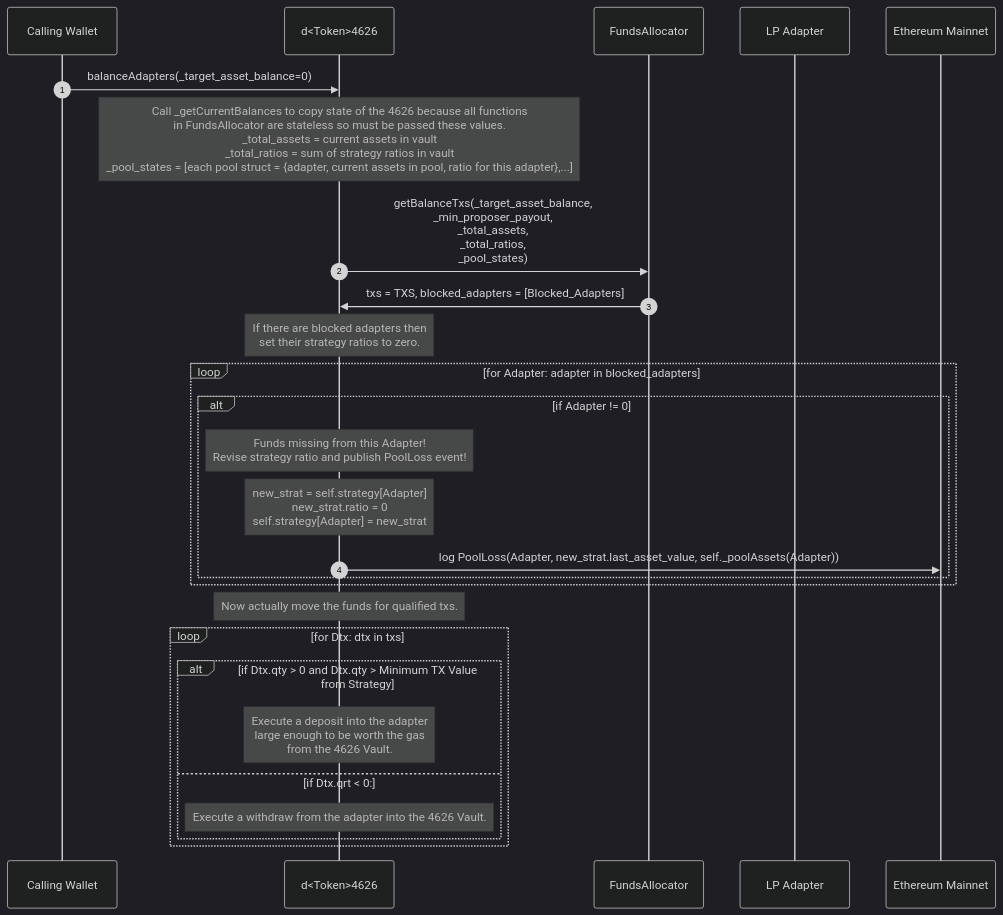
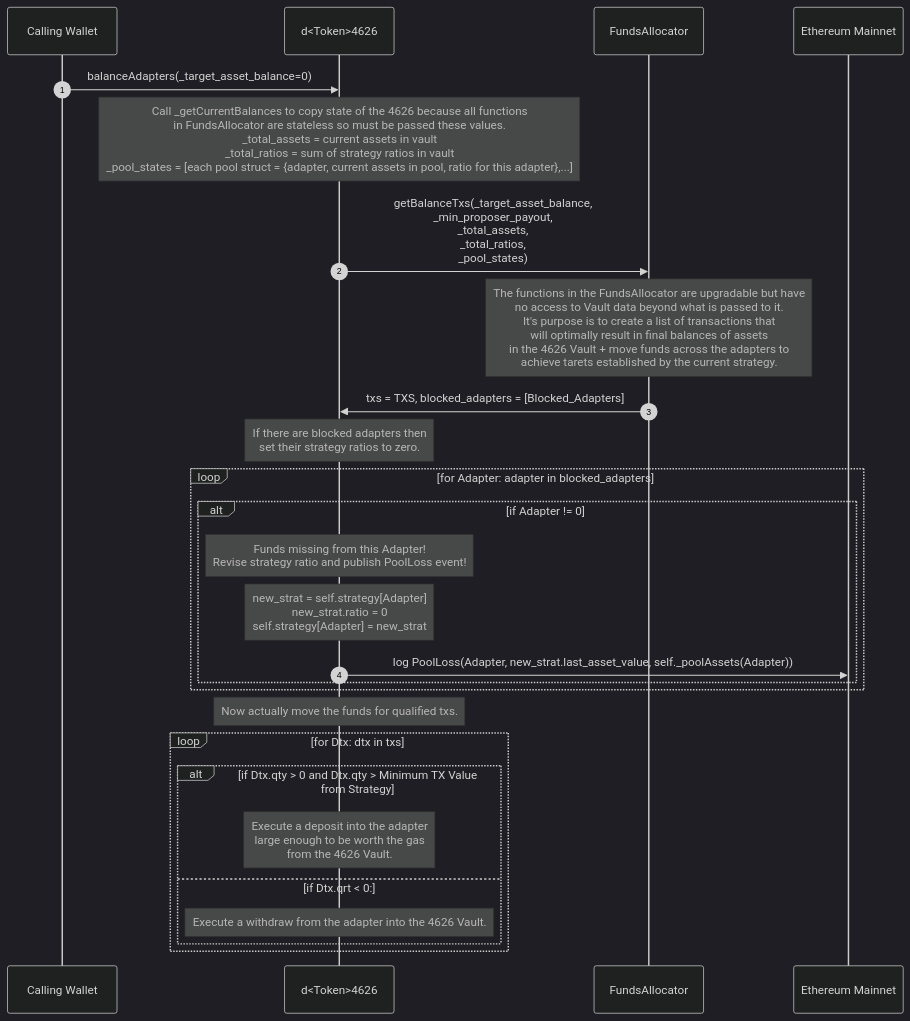
The second of 3 diagrams in docs/Dynamo4626.md (DynamoFinance/vault), drawn with Mermaid (dark theme) before and after one commit.

Commit message:
Document how the FundsAllocator works.

````diff
--- a/docs/Dynamo4626.md
+++ b/docs/Dynamo4626.md
@@ -105,40 +105,42 @@
 ```mermaid
 sequenceDiagram 
 
     participant user as Calling Wallet
     participant a4626 as d<Token>4626
     participant fund as FundsAllocator
-    participant lpa as LP Adapter
+    #participant lpa as LP Adapter
     participant eth as Ethereum Mainnet
 
     autonumber
 
     user->>a4626: balanceAdapters(_target_asset_balance=0)
 
     Note over a4626:Call _getCurrentBalances to copy state of the 4626 because all functions<br>in FundsAllocator are stateless so must be passed these values.<br>_total_assets = current assets in vault<br>_total_ratios = sum of strategy ratios in vault<br>_pool_states = [each pool struct = {adapter, current assets in pool, ratio for this adapter},...]
 
     a4626->>fund: getBalanceTxs(_target_asset_balance,<br>_min_proposer_payout,<br>_total_assets,<br>_total_ratios,<br>_pool_states)
+
+    Note over fund:The functions in the FundsAllocator are upgradable but have<br>no access to Vault data beyond what is passed to it.<br>It's purpose is to create a list of transactions that<br>will optimally result in final balances of assets<br>in the 4626 Vault + move funds across the adapters to<br>achieve tarets established by the current strategy.
 
     fund->>a4626: txs = TXS, blocked_adapters = [Blocked_Adapters]
 
     Note over a4626: If there are blocked adapters then<br>set their strategy ratios to zero.
 
     loop for Adapter: adapter in blocked_adapters
         alt if Adapter != 0
             Note over a4626: Funds missing from this Adapter!<br>Revise strategy ratio and publish PoolLoss event!
             Note over a4626: new_strat = self.strategy[Adapter]<br>new_strat.ratio = 0<br>self.strategy[Adapter] = new_strat
             a4626->>eth: log PoolLoss(Adapter, new_strat.last_asset_value, self._poolAssets(Adapter))
         end
     end
 
     Note over a4626: Now actually move the funds for qualified txs.
 
     loop for Dtx: dtx in txs
         alt if Dtx.qty > 0 and Dtx.qty > Minimum TX Value from Strategy
             Note over a4626: Execute a deposit into the adapter<br>large enough to be worth the gas<br>from the 4626 Vault.
 
         else if Dtx.qrt < 0:
             Note over a4626: Execute a withdraw from the adapter into the 4626 Vault.
         end
     end
 ```    
````
